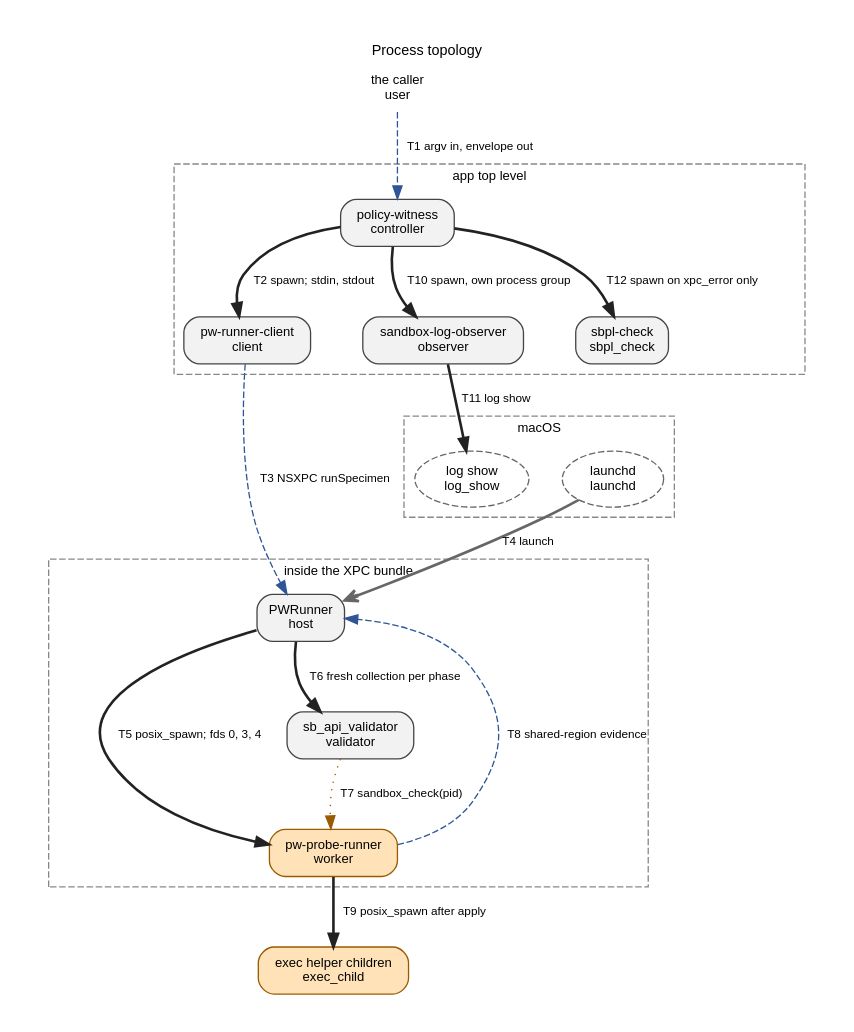
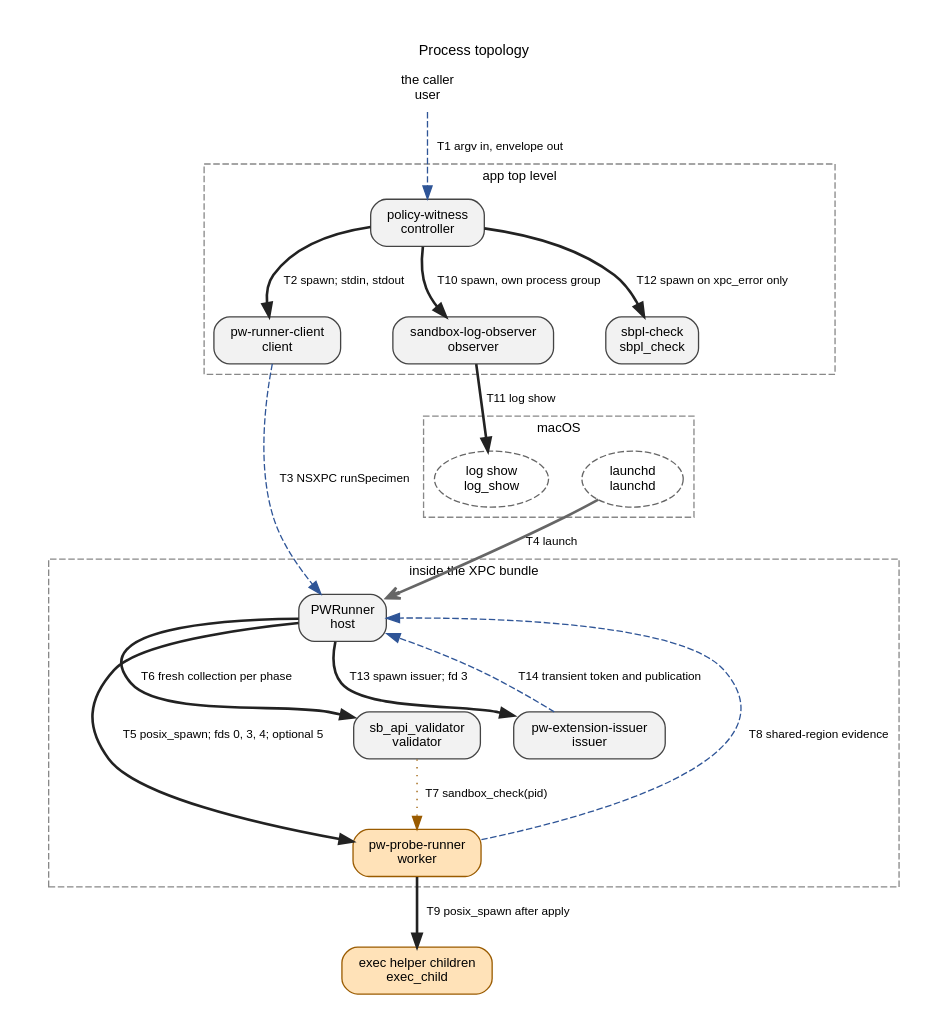
Before and after one commit to Protonk/PolicyWitness: the diagram in docs/architecture-topology.dot, drawn with Graphviz. The commit also changed 28 other files, not shown here.

Commit message:
Document extension experiments and ground the generated architecture

```diff
--- a/docs/architecture-topology.dot
+++ b/docs/architecture-topology.dot
@@ -1,46 +1,50 @@
 digraph topology {
     graph [rankdir=TB, bgcolor="white", fontname="Helvetica", fontsize=11, label="Process topology", labelloc=t, pad=0.3, nodesep=0.35, ranksep=0.6];
     node [fontname="Helvetica", fontsize=10];
     edge [fontname="Helvetica", fontsize=9];
     subgraph cluster_app {
         label="app top level"; style=dashed; color="#888888"; fontsize=10;
         controller;
         client;
         observer;
         sbpl_check;
     }
     subgraph cluster_xpc {
         label="inside the XPC bundle"; style=dashed; color="#888888"; fontsize=10;
         host;
         worker;
         validator;
+        issuer;
     }
     subgraph cluster_os {
         label="macOS"; style=dashed; color="#888888"; fontsize=10;
         launchd;
         log_show;
     }
     user [shape="plaintext", label="the caller\nuser", URL="ARCHITECTURE.md#process-topology-nodes", tooltip="user: the caller | a shell or a harness; owns the request file and reads the envelope "];
     controller [shape="box", style="rounded,filled", fillcolor="#f2f2f2", color="#444444", label="policy-witness\ncontroller", URL="ARCHITECTURE.md#process-topology-nodes", tooltip="controller: policy-witness | Rust; app top level; the caller; no; none; one run "];
     client [shape="box", style="rounded,filled", fillcolor="#f2f2f2", color="#444444", label="pw-runner-client\nclient", URL="ARCHITECTURE.md#process-topology-nodes", tooltip="client: pw-runner-client | Swift; app top level; the controller; no; none; one run "];
     host [shape="box", style="rounded,filled", fillcolor="#f2f2f2", color="#444444", label="PWRunner\nhost", URL="ARCHITECTURE.md#process-topology-nodes", tooltip="host: PWRunner | Swift; inside the XPC bundle; launchd: XPC service lookup, or a Mach service for BYOXPC; no; none, by the invariance rule; one specimen; exits 50 milliseconds after replying All authorized connections share one terminal, locked request claim. Only its owner schedules host exit; connections racing retirement can still fail before refusal."];
-    worker [shape="box", style="rounded,filled", fillcolor="#ffe2b8", color="#9a5b00", label="pw-probe-runner\nworker", URL="ARCHITECTURE.md#process-topology-nodes", tooltip="worker: pw-probe-runner | C; inside the XPC bundle; the host; yes; applies the specimen policy to itself; sandbox_compile_string, params, sandbox_apply; one specimen; one application and all ordered phases "];
+    worker [shape="box", style="rounded,filled", fillcolor="#ffe2b8", color="#9a5b00", label="pw-probe-runner\nworker", URL="ARCHITECTURE.md#process-topology-nodes", tooltip="worker: pw-probe-runner | C; inside the XPC bundle; the host; yes; applies the specimen policy to itself; sandbox_compile_string, params, sandbox_apply; sandbox_extension_consume and sandbox_extension_release; one specimen; one application and all ordered phases "];
     exec_child [shape="box", style="rounded,filled", fillcolor="#ffe2b8", color="#9a5b00", label="exec helper children\nexec_child", URL="ARCHITECTURE.md#process-topology-nodes", tooltip="exec_child: exec helper children | caller-supplied; the caller's path; the worker; inherit the worker's sandbox; none of PolicyWitness's; the worker's waits are bounded by the exec deadline and the attempt budget; a descendant that leaves the child's process group is not contained "];
     validator [shape="box", style="rounded,filled", fillcolor="#f2f2f2", color="#444444", label="sb_api_validator\nvalidator", URL="ARCHITECTURE.md#process-topology-nodes", tooltip="validator: sb_api_validator | C; inside the XPC bundle; the host at each eligible phase arrival; no; sandbox_check; one phase collection "];
     observer [shape="box", style="rounded,filled", fillcolor="#f2f2f2", color="#444444", label="sandbox-log-observer\nobserver", URL="ARCHITECTURE.md#process-topology-nodes", tooltip="observer: sandbox-log-observer | Rust; app top level; the controller, after execution completes, in its own process group; no; none; one scan "];
     log_show [shape="ellipse", style="dashed", color="#666666", label="log show\nlog_show", URL="ARCHITECTURE.md#process-topology-nodes", tooltip="log_show: log show | OS; /usr/bin/log; the observer; no; none; one query "];
     sbpl_check [shape="box", style="rounded,filled", fillcolor="#f2f2f2", color="#444444", label="sbpl-check\nsbpl_check", URL="ARCHITECTURE.md#process-topology-nodes", tooltip="sbpl_check: sbpl-check | Rust; app top level; the controller, only for an admitted xpc_error reply; no; sandbox_compile_string and params; never applies; one compile "];
     launchd [shape="ellipse", style="dashed", color="#666666", label="launchd\nlaunchd", URL="ARCHITECTURE.md#process-topology-nodes", tooltip="launchd: launchd | OS; system; no; none "];
+    issuer [shape="box", style="rounded,filled", fillcolor="#f2f2f2", color="#444444", label="pw-extension-issuer\nissuer", URL="ARCHITECTURE.md#process-topology-nodes", tooltip="issuer: pw-extension-issuer | inside the XPC bundle; one declaration before worker creation; confirmed clean reap required for delivery; C; the host; outside the specimen policy; ordinary process authority; sandbox_extension_issue_file "];
     user -> controller [style="dashed", color="#2f5597", label="T1 argv in, envelope out", URL="ARCHITECTURE.md#process-topology-edges", tooltip="T1: argv in; one JSON envelope on stdout |  "];
     controller -> client [style="bold", color="#222222", label="T2 spawn; stdin, stdout", URL="ARCHITECTURE.md#process-topology-edges", tooltip="T2: spawn; held request on stdin, read to EOF; reply on stdout |  "];
     client -> host [style="dashed", color="#2f5597", label="T3 NSXPC runSpecimen", URL="ARCHITECTURE.md#process-topology-edges", tooltip="T3: NSXPC runSpecimen(Data) and its reply |  "];
     launchd -> host [style="bold", color="#666666", arrowhead="vee", label="T4 launch", URL="ARCHITECTURE.md#process-topology-edges", tooltip="T4: start on XPC lookup, or as a Mach service (BYOXPC) |  "];
-    host -> worker [style="bold", color="#222222", label="T5 posix_spawn; fds 0, 3, 4", URL="ARCHITECTURE.md#process-topology-edges", tooltip="T5: posix_spawn; fd 0 policy pipe, fd 3 shared region, fd 4 ready pipe |  Policy delivery uses nonblocking writes under one absolute monotonic deadline (the worker_policy_transfer limit) beginning after spawn. Expiry closes input and enters cleanup before readiness or sentinel polling."];
+    host -> worker [style="bold", color="#222222", label="T5 posix_spawn; fds 0, 3, 4; optional 5", URL="ARCHITECTURE.md#process-topology-edges", tooltip="T5: posix_spawn; fd 0 policy pipe, fd 3 shared region, fd 4 ready pipe; optional fd 5 transient token channel |  Policy delivery uses nonblocking writes under one absolute monotonic deadline (the worker_policy_transfer limit) beginning after spawn. Expiry closes input and enters cleanup before readiness or sentinel polling."];
     host -> validator [style="bold", color="#222222", label="T6 fresh collection per phase", URL="ARCHITECTURE.md#process-topology-edges", tooltip="T6: fresh posix_spawn --batch <pid> per eligible phase; bounded NDJSON |  "];
     validator -> worker [style="dotted", color="#9a5b00", label="T7 sandbox_check(pid)", URL="ARCHITECTURE.md#process-topology-edges", tooltip="T7: sandbox_check against the worker PID, with SANDBOX_CHECK_NO_REPORT |  "];
-    worker -> host [style="dashed", color="#2f5597", label="T8 shared-region evidence", URL="ARCHITECTURE.md#process-topology-edges", tooltip="T8: immutable phase arrivals, acknowledgements and completions; numbered releases before actions |  "];
+    worker -> host [style="dashed", color="#2f5597", label="T8 shared-region evidence", URL="ARCHITECTURE.md#process-topology-edges", tooltip="T8: immutable phase arrivals, acknowledgements and completions; numbered releases before actions; separate native call markers/results and fresh-read syscall observations |  "];
     worker -> exec_child [style="bold", color="#222222", label="T9 posix_spawn after apply", URL="ARCHITECTURE.md#process-topology-edges", tooltip="T9: posix_spawn after apply; stdout and stderr pipes into bounded slot buffers |  "];
     controller -> observer [style="bold", color="#222222", label="T10 spawn, own process group", URL="ARCHITECTURE.md#process-topology-edges", tooltip="T10: spawn in its own process group after execution; budget on argv; JSON report on stdout |  "];
     observer -> log_show [style="bold", color="#222222", label="T11 log show", URL="ARCHITECTURE.md#process-topology-edges", tooltip="T11: log show over the padded client span; text on stdout, bounded |  "];
     controller -> sbpl_check [style="bold", color="#222222", label="T12 spawn on xpc_error only", URL="ARCHITECTURE.md#process-topology-edges", tooltip="T12: spawn only for an admitted xpc_error reply; held request in; helper envelope out |  "];
+    host -> issuer [style="bold", color="#222222", label="T13 spawn issuer; fd 3", URL="ARCHITECTURE.md#process-topology-edges", tooltip="T13: fresh ordinary-authority issuer; fd 3 token mapping, stdio /dev/null, empty environment |  Issuer wait 5,000 milliseconds; cleanup may overrun. Missing capability refuses extension specimens."];
+    issuer -> host [style="dashed", color="#2f5597", label="T14 transient token and publication", URL="ARCHITECTURE.md#process-topology-edges", tooltip="T14: native issuance publication and bounded transient token bytes; host owns cleanup and delivery eligibility |  Token storage 16,384 bytes; raw bytes never enter reply fields."];
 }
```
